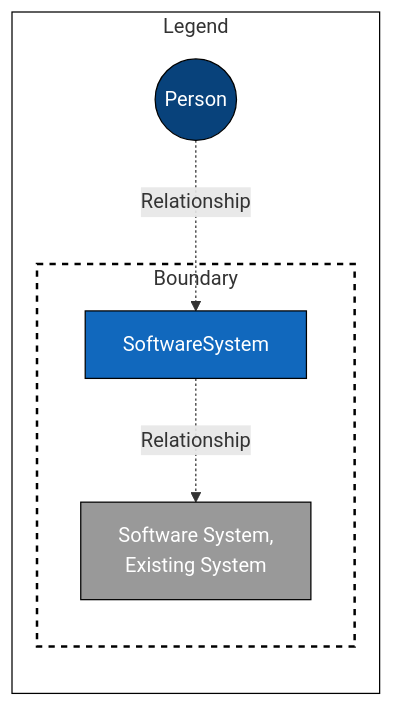
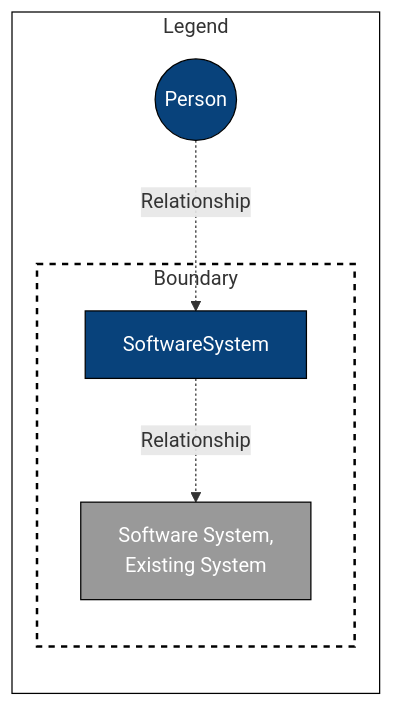
One commit to sebastian-bergt/c4model_mermaid changed the first of 3 diagrams in README.md. Above: the diagram before and after it, drawn with Mermaid. The commit also changed other lines of this file, not shown here.

````diff
--- a/README.md
+++ b/README.md
@@ -9,25 +9,25 @@
 ```mermaid
 graph LR
     %% C4 style classes c4model.com %%
     classDef person fill:#08427b,stroke:black,color:white;
-    classDef software fill:#1168bd,stroke:black,color:white;
+    classDef software fill:#08427b,stroke:black,color:white;
     classDef existing fill:#999999,stroke:black,color:white;
     classDef boundary fill:white,stroke:black,stroke-width:2px,stroke-dasharray: 5 5;
     classDef frame fill:white,stroke:black;
 
     %% nodes %%
     Person((Person)):::person
     SoftwareSystem:::software
     ExistingSystem["Software System,<br>Existing System"]:::existing
 
     %% connections and boundaries %%
     
     subgraph Legend
         Person-.->|Relationship| SoftwareSystem
         subgraph Boundary
             SoftwareSystem-.->|Relationship| ExistingSystem
         end
         class Boundary boundary
     end
     class Legend frame
 ```
````
